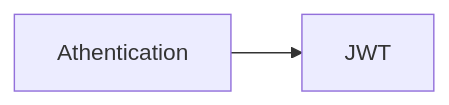
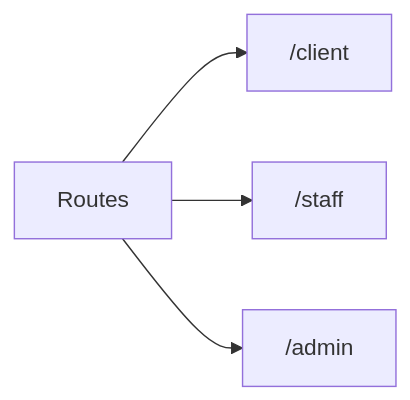
Before and after one commit to harshavardhanSDE/spacesAtFanpit: the diagram in README.md, drawn with Mermaid. The commit also changed other lines of this file and 1 other file, not shown here.

````diff
--- a/README.md
+++ b/README.md
@@ -25,4 +28,6 @@
 ```mermaid
 graph LR
-    A["`Athentication`"] --> B["`JWT`"]
+    A["`Routes`"] --> B["`/client`"]
+    A --> C["`/staff`"]
+    A --> D["`/admin`"]
 ```
````
